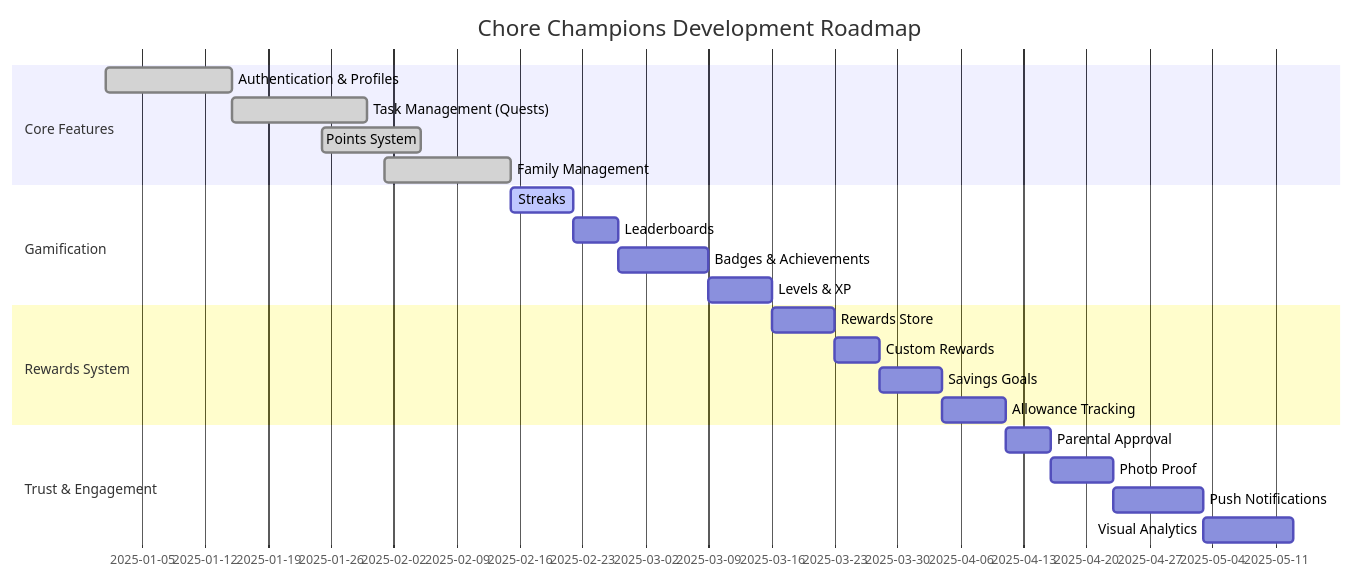
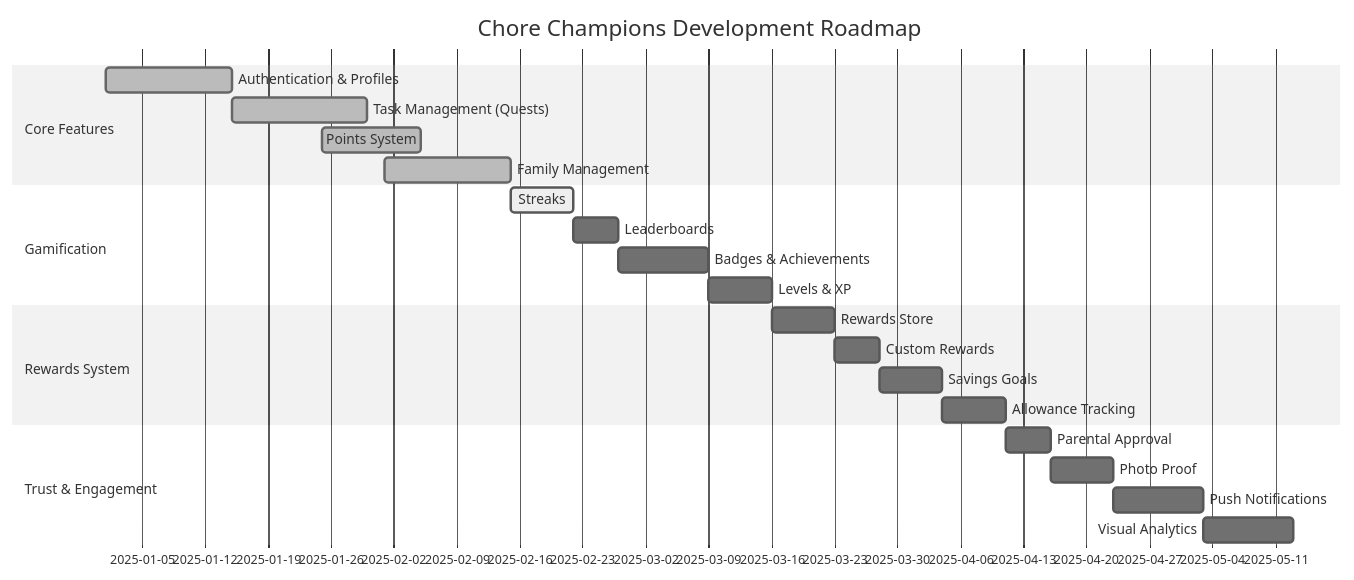
One commit to anisha-agarwal/chore-champions changed the sixth of 6 diagrams in README.md. Above: the diagram before and after it, drawn with Mermaid. The commit also changed other lines of this file and 2 other files, not shown here.

First line of the commit message:
Fix Mermaid diagram colors for dark mode

````diff
--- a/README.md
+++ b/README.md
@@ -223,29 +228,30 @@
 ```mermaid
+%%{init: {'theme': 'neutral'}}%%
 gantt
     title Chore Champions Development Roadmap
     dateFormat YYYY-MM-DD
 
     section Core Features
     Authentication & Profiles     :done, auth, 2025-01-01, 2025-01-15
     Task Management (Quests)      :done, tasks, 2025-01-15, 2025-01-30
     Points System                 :done, points, 2025-01-25, 2025-02-05
     Family Management             :done, family, 2025-02-01, 2025-02-15
 
     section Gamification
     Streaks                       :active, streaks, 2025-02-15, 7d
     Leaderboards                  :leaderboard, after streaks, 5d
     Badges & Achievements         :badges, after leaderboard, 10d
     Levels & XP                   :levels, after badges, 7d
 
     section Rewards System
     Rewards Store                 :store, after levels, 7d
     Custom Rewards                :custom, after store, 5d
     Savings Goals                 :savings, after custom, 7d
     Allowance Tracking            :allowance, after savings, 7d
 
     section Trust & Engagement
     Parental Approval             :approval, after allowance, 5d
     Photo Proof                   :photo, after approval, 7d
     Push Notifications            :notif, after photo, 10d
     Visual Analytics              :analytics, after notif, 10d
 ```
````
